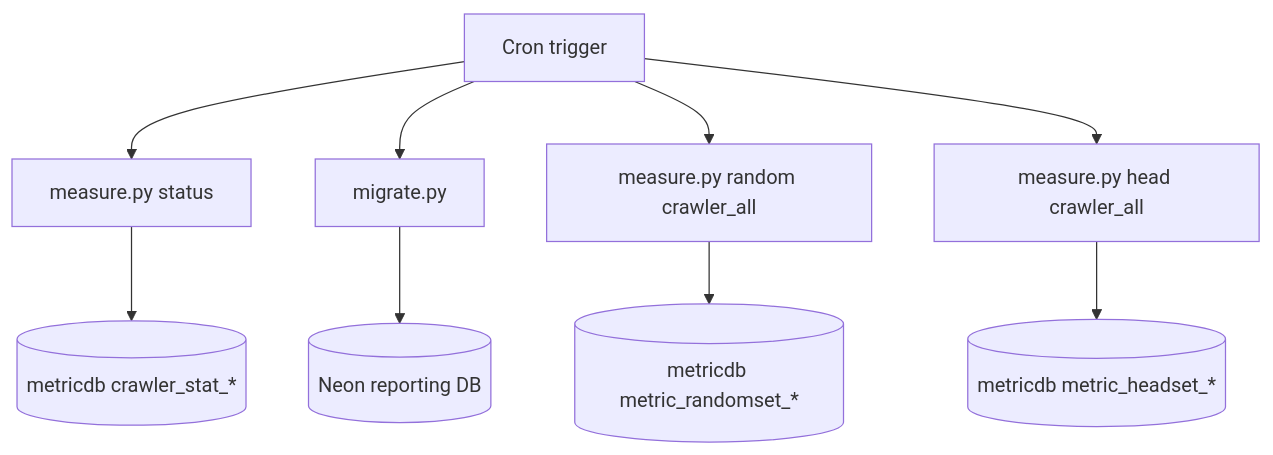
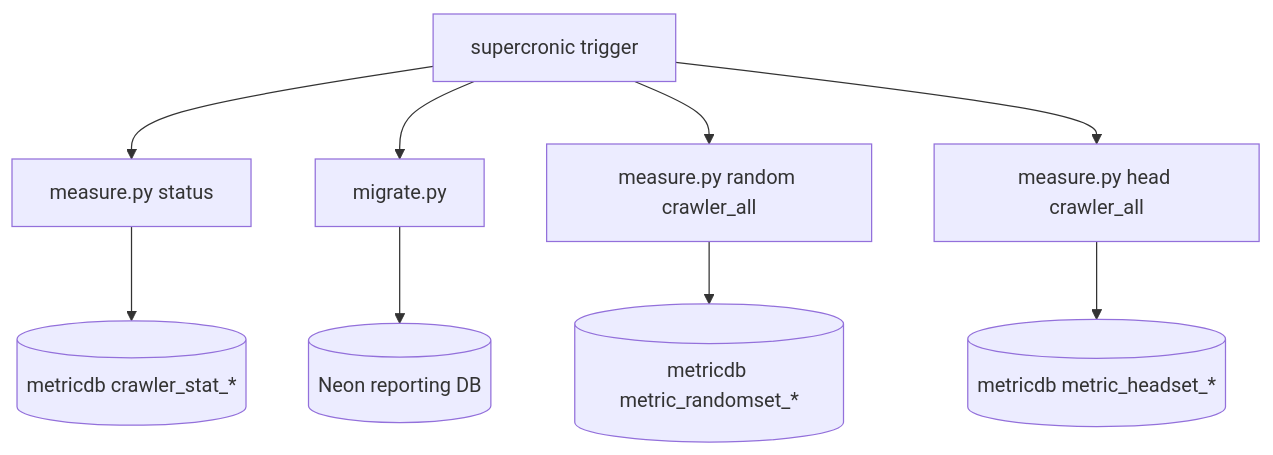
The diagram in docs/03-dockerfile-operations.md (NTU-CSIE5376/WebSearchEngine), drawn with Mermaid before and after one commit. The commit also changed other lines of this file and 20 other files, not shown here.

````diff
--- a/docs/03-dockerfile-operations.md
+++ b/docs/03-dockerfile-operations.md
@@ -59,12 +62,12 @@
 ```mermaid
 flowchart TD
-    A[Cron trigger] --> B[measure.py status]
+    A[supercronic trigger] --> B[measure.py status]
     A --> C[migrate.py]
     A --> D[measure.py random crawler_all]
     A --> E[measure.py head crawler_all]
 
     B --> F[(metricdb crawler_stat_*)]
     D --> G[(metricdb metric_randomset_*)]
     E --> H[(metricdb metric_headset_*)]
     C --> I[(Neon reporting DB)]
 ```
````
